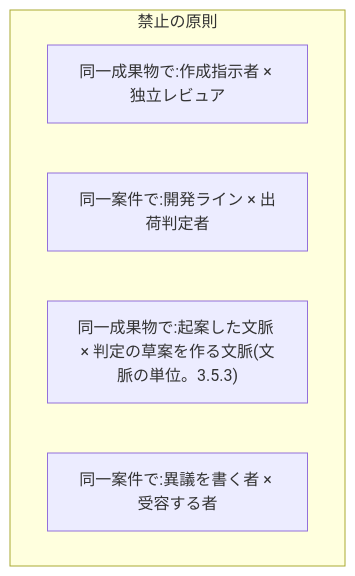
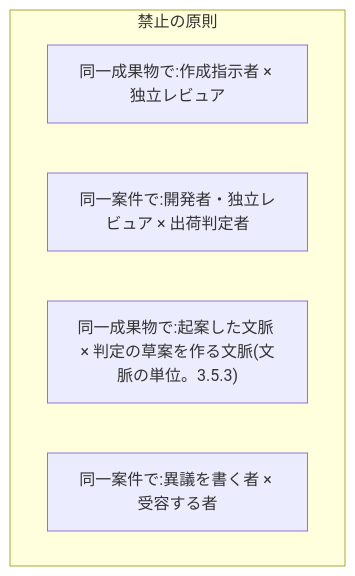
One commit to Takenori-Kusaka/process-compass changed the first of 5 diagrams in src/content/docs/phase4-process-design/roles-responsibilities.md. Above: the diagram before and after it, drawn with Mermaid. The commit also changed other lines of this file and 42 other files, not shown here.

````diff
--- a/src/content/docs/phase4-process-design/roles-responsibilities.md
+++ b/src/content/docs/phase4-process-design/roles-responsibilities.md
@@ -271,9 +292,9 @@
 ```mermaid
 graph TD
   subgraph 禁止の原則
     X1["同一成果物で:作成指示者 × 独立レビュア"]
-    X2["同一案件で:開発ライン × 出荷判定者"]
+    X2["同一案件で:開発者・独立レビュア × 出荷判定者"]
     X3["同一成果物で:起案した文脈 × 判定の草案を作る文脈(文脈の単位。3.5.3)"]
     X4["同一案件で:異議を書く者 × 受容する者"]
   end
 ```
````
